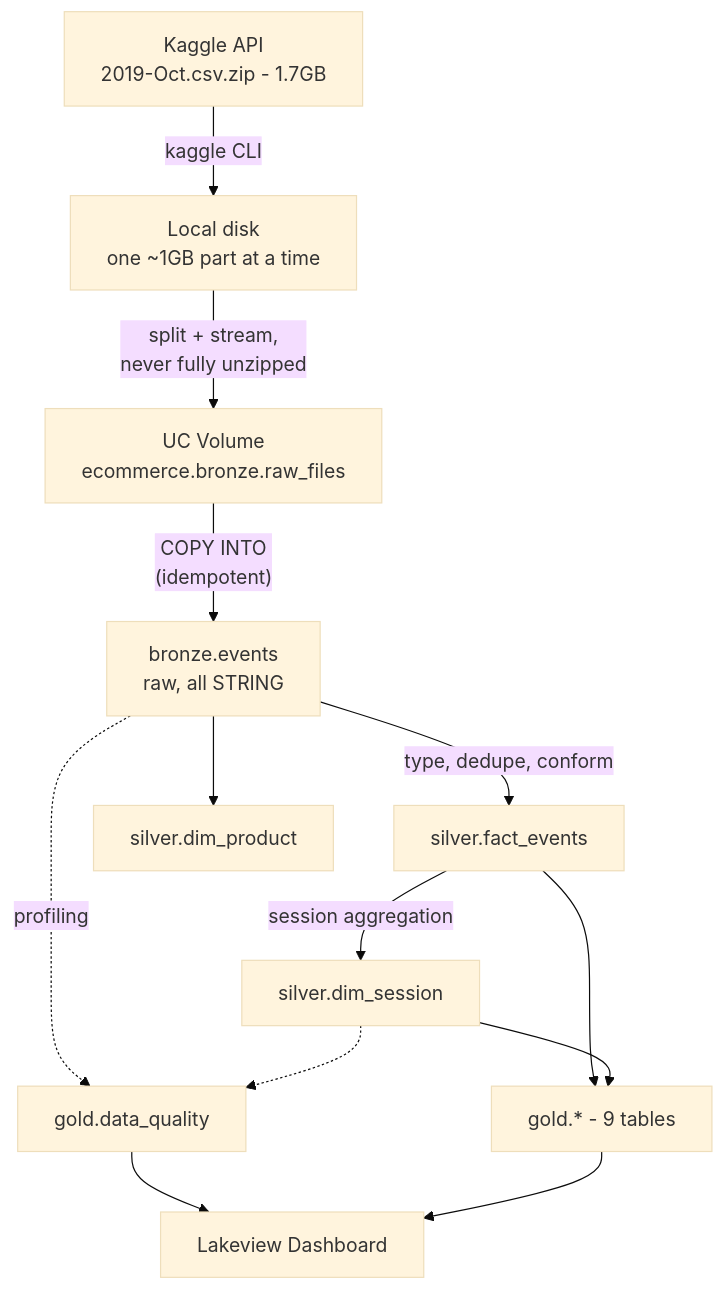
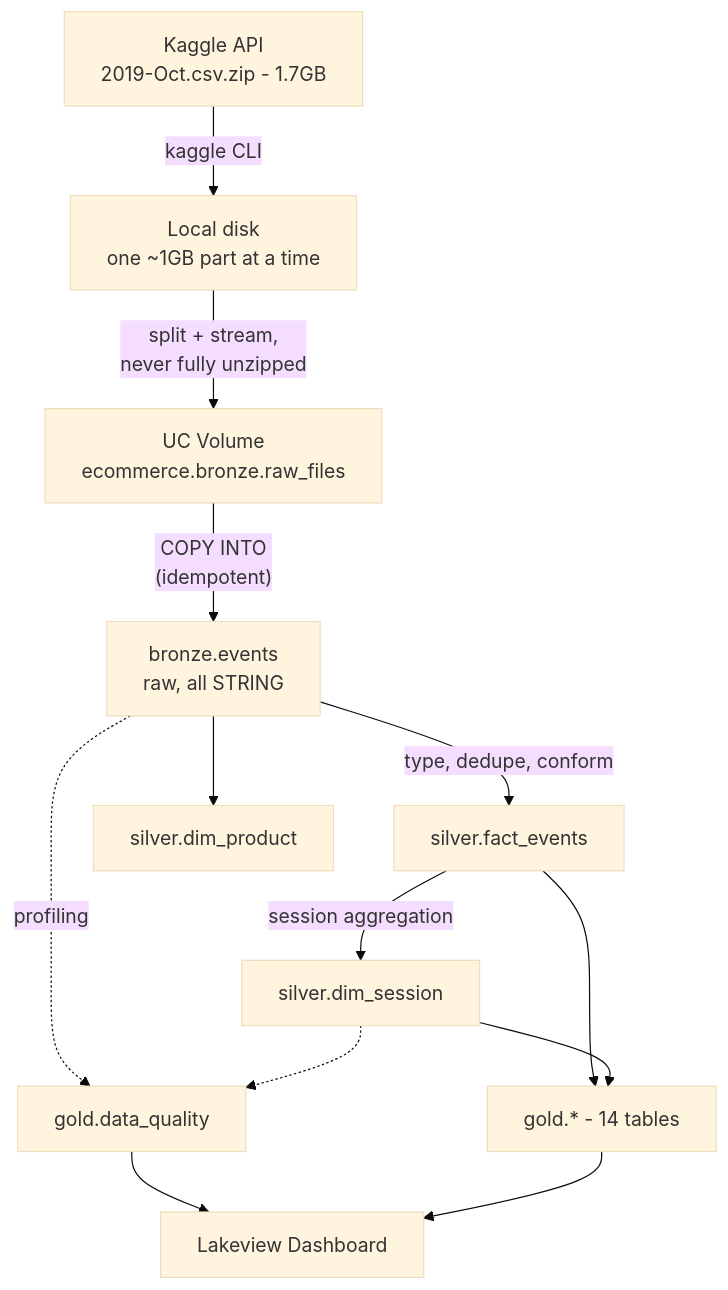
One commit to drdhavaltrivedi/ecommerce-databricks-lakehouse changed the first of 2 diagrams in README.md. Above: the diagram before and after it, drawn with Mermaid (base theme). The commit also changed other lines of this file and 6 other files, not shown here.

````diff
--- a/README.md
+++ b/README.md
@@ -87,26 +87,26 @@
 ```mermaid
 flowchart TD
     K["Kaggle API<br/>2019-Oct.csv.zip - 1.7GB"]
     L["Local disk<br/>one ~1GB part at a time"]
     V["UC Volume<br/>ecommerce.bronze.raw_files"]
     B["bronze.events<br/>raw, all STRING"]
     S1["silver.fact_events"]
     S2["silver.dim_product"]
     S3["silver.dim_session"]
-    G["gold.* - 9 tables"]
+    G["gold.* - 14 tables"]
     D["Lakeview Dashboard"]
     Q["gold.data_quality"]
 
     K -->|"kaggle CLI"| L
     L -->|"split + stream,<br/>never fully unzipped"| V
     V -->|"COPY INTO<br/>(idempotent)"| B
     B -->|"type, dedupe, conform"| S1
     B --> S2
     S1 -->|"session aggregation"| S3
     S1 --> G
     S3 --> G
     B -.->|"profiling"| Q
     S3 -.-> Q
     Q --> D
     G --> D
 ```
````
